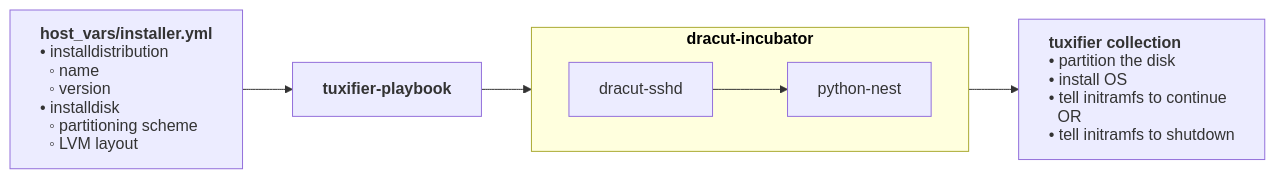
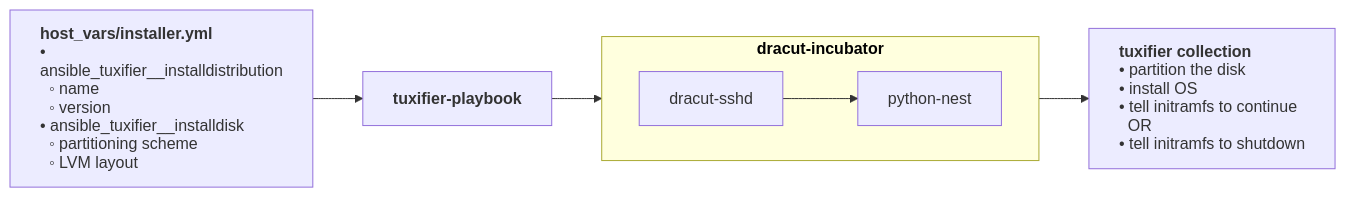
One commit to Geertsky/tuxifier-playbook changed the diagram in README.md. Above: the diagram before and after it, drawn with Mermaid. The commit also changed other lines of this file and 2 other files, not shown here.

````diff
--- a/README.md
+++ b/README.md
@@ -9,23 +9,23 @@
 ```mermaid
 flowchart LR
-HOSTVARS["<div style='text-align:left;line-height:1.15'><b>host_vars/installer.yml</b><br/>• installdistribution<br/>&nbsp;&nbsp;◦ name<br/>&nbsp;&nbsp;◦ version<br/>• installdisk<br/>&nbsp;&nbsp;◦ partitioning scheme<br/>&nbsp;&nbsp;◦ LVM layout</div>"]
+HOSTVARS["<div style='text-align:left;line-height:1.15'><b>host_vars/installer.yml</b><br/>• ansible_tuxifier__installdistribution<br/>&nbsp;&nbsp;◦ name<br/>&nbsp;&nbsp;◦ version<br/>• ansible_tuxifier__installdisk<br/>&nbsp;&nbsp;◦ partitioning scheme<br/>&nbsp;&nbsp;◦ LVM layout</div>"]
 
 PLAYBOOK["<b>tuxifier-playbook</b>"]
 
 subgraph DRACUT["<a href='https://github.com/Geertsky/dracut-incubator' target='_blank' style='color:black;text-decoration:none;font-weight:bold'>dracut-incubator</a>"]
 direction LR
 SSHD["dracut-sshd"] --> PYTHON["python-nest"]
 end
 
 COLLECTION["<div style='text-align:left;line-height:1.15'><b>tuxifier collection</b><br/>• partition the disk<br/>• install OS<br/>• tell initramfs to continue<br/>&nbsp;&nbsp;OR<br/>• tell initramfs to shutdown</div>"]
 
 HOSTVARS --> PLAYBOOK
 PLAYBOOK --> SSHD
 PYTHON --> COLLECTION
 
 click HOSTVARS "https://github.com/Geertsky/tuxifier-playbook/tree/main/inventory"
 click PLAYBOOK "https://github.com/Geertsky/tuxifier-playbook"
 click SSHD "https://github.com/gsauthof/dracut-sshd"
 click PYTHON "https://github.com/Geertsky/python-nest"
 click COLLECTION "https://github.com/Geertsky/tuxifier"
 ```
````
